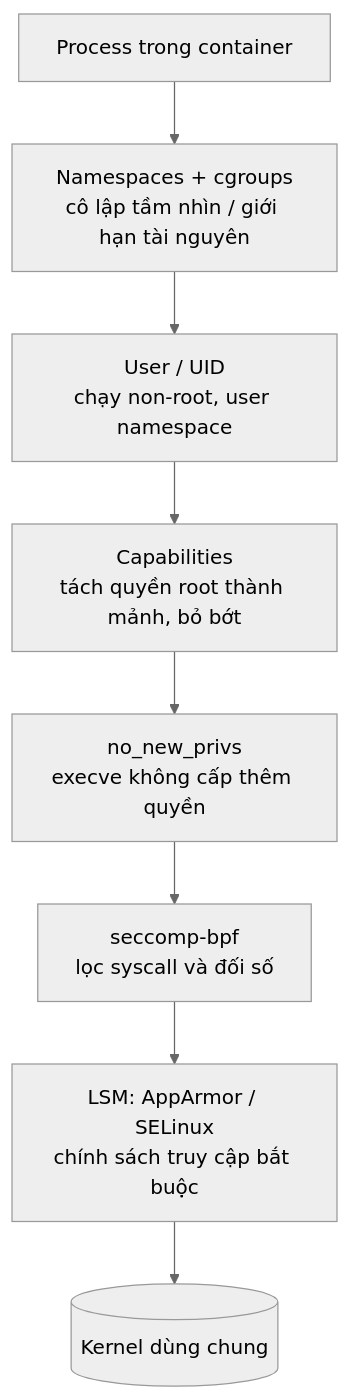
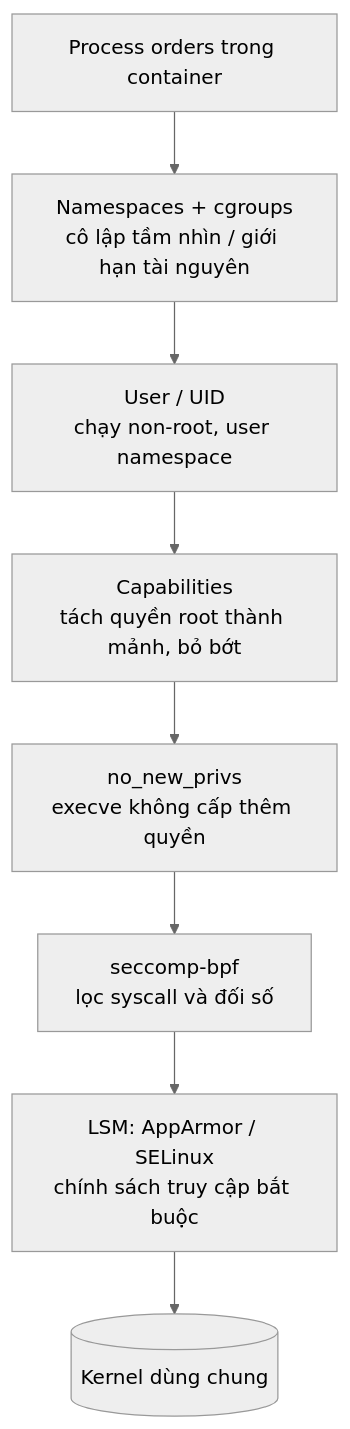
One commit to pirumu/irust changed the diagram in docs/08-containers/05-bao-mat-container.md. Above: the diagram before and after it, drawn with Mermaid (neutral theme). The commit also changed other lines of this file and 35 other files, not shown here.

````diff
--- a/docs/08-containers/05-bao-mat-container.md
+++ b/docs/08-containers/05-bao-mat-container.md
@@ -36,10 +34,10 @@
 ```mermaid
 flowchart TD
-    A[Process trong container] --> B[Namespaces + cgroups<br/>cô lập tầm nhìn / giới hạn tài nguyên]
+    A[Process orders trong container] --> B[Namespaces + cgroups<br/>cô lập tầm nhìn / giới hạn tài nguyên]
     B --> C[User / UID<br/>chạy non-root, user namespace]
     C --> D[Capabilities<br/>tách quyền root thành mảnh, bỏ bớt]
     D --> E[no_new_privs<br/>execve không cấp thêm quyền]
     E --> F[seccomp-bpf<br/>lọc syscall và đối số]
     F --> G[LSM: AppArmor / SELinux<br/>chính sách truy cập bắt buộc]
     G --> H[(Kernel dùng chung)]
 ```
````
